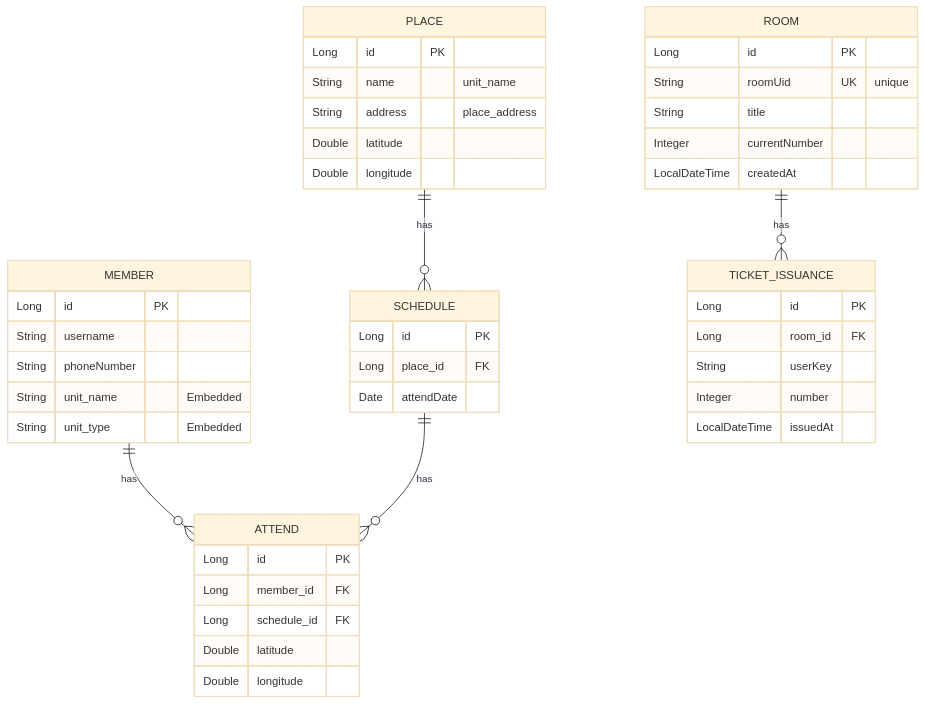
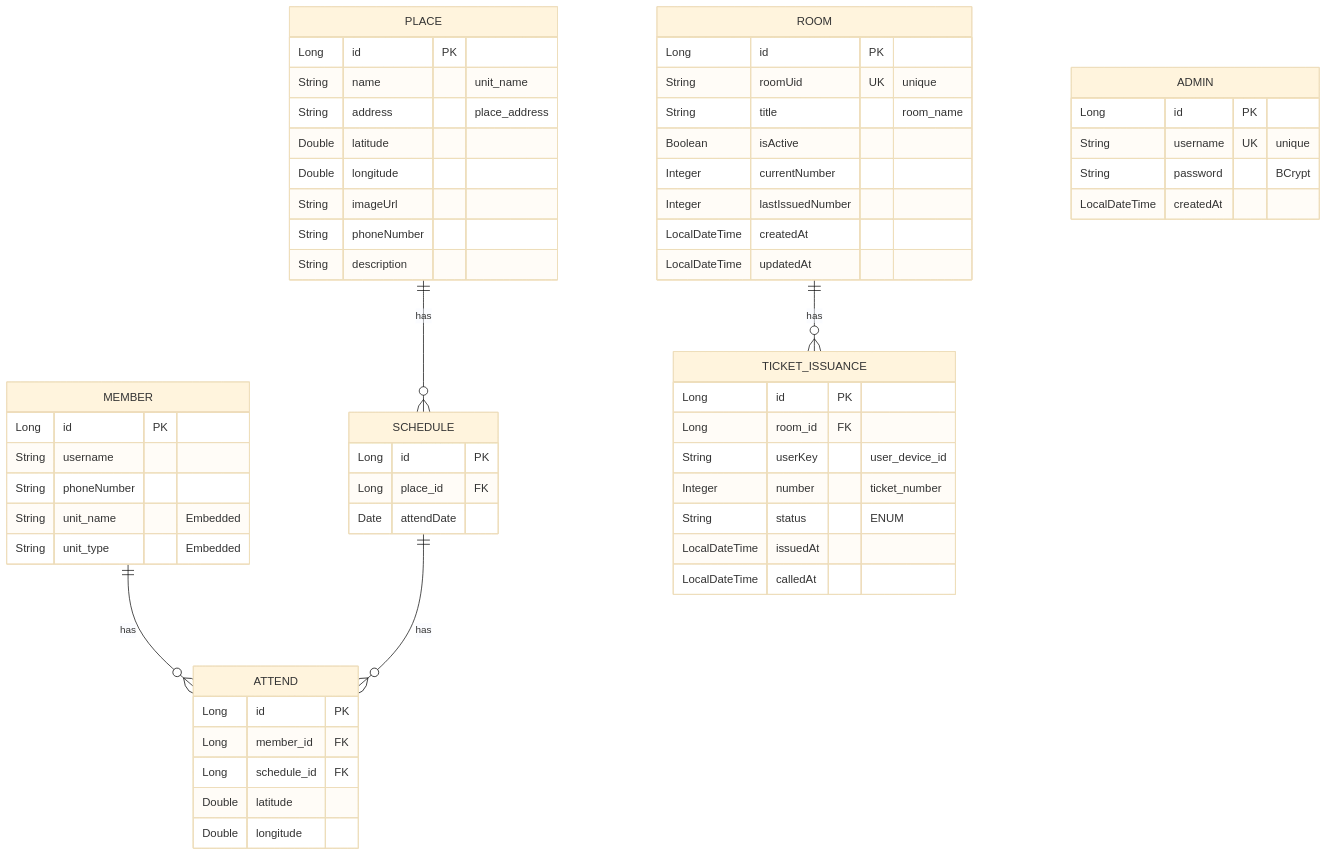
Before and after one commit to TetraLabYonam/api: the first of 8 diagrams in src/main/resources/markDown/DATABASE_DIAGRAMS.md, drawn with Mermaid (base theme). The commit also changed other lines of this file and 4 other files, not shown here.

First line of the commit message:
DOCS : 프로젝트 문서 정리 및 DATABASE_DIAGRAMS.md 개선

````diff
--- a/src/main/resources/markDown/DATABASE_DIAGRAMS.md
+++ b/src/main/resources/markDown/DATABASE_DIAGRAMS.md
@@ -5,53 +20,68 @@
 ```mermaid
 erDiagram
     MEMBER ||--o{ ATTEND : has
     SCHEDULE ||--o{ ATTEND : has
     PLACE ||--o{ SCHEDULE : has
     ROOM ||--o{ TICKET_ISSUANCE : has
 
     MEMBER {
         Long id PK
         String username
         String phoneNumber
         String unit_name "Embedded"
         String unit_type "Embedded"
     }
 
     ATTEND {
         Long id PK
         Long member_id FK
         Long schedule_id FK
         Double latitude
         Double longitude
     }
 
     SCHEDULE {
         Long id PK
         Long place_id FK
         Date attendDate
     }
 
     PLACE {
         Long id PK
         String name "unit_name"
         String address "place_address"
         Double latitude
         Double longitude
+        String imageUrl
+        String phoneNumber
+        String description
     }
 
     ROOM {
         Long id PK
         String roomUid UK "unique"
-        String title
+        String title "room_name"
+        Boolean isActive
         Integer currentNumber
+        Integer lastIssuedNumber
         LocalDateTime createdAt
+        LocalDateTime updatedAt
     }
 
     TICKET_ISSUANCE {
         Long id PK
         Long room_id FK
-        String userKey
-        Integer number
+        String userKey "user_device_id"
+        Integer number "ticket_number"
+        String status "ENUM"
         LocalDateTime issuedAt
+        LocalDateTime calledAt
+    }
+
+    ADMIN {
+        Long id PK
+        String username UK "unique"
+        String password "BCrypt"
+        LocalDateTime createdAt
     }
 ```
````
